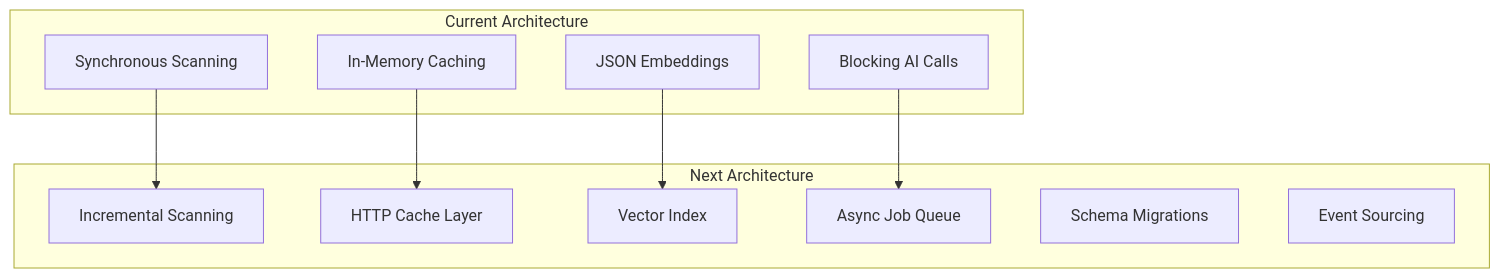
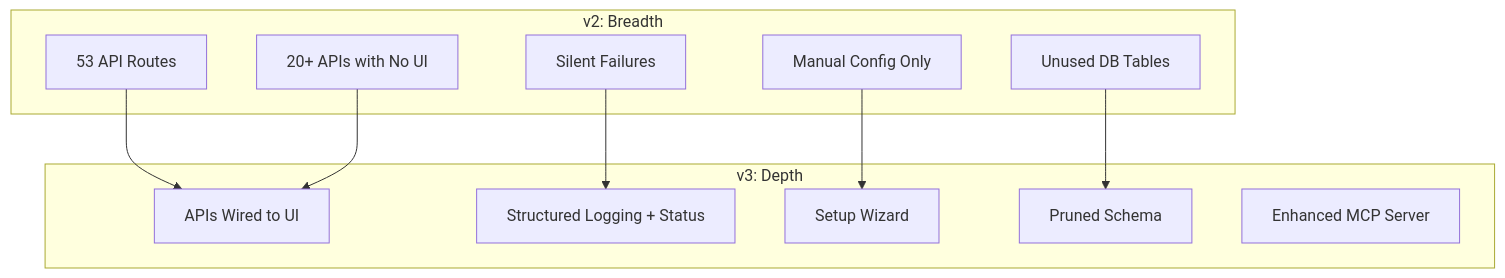
Before and after one commit to ahmedkhaledmohamed/the-hub: the fourth of 4 diagrams in docs/future-developments.md, drawn with Mermaid. The commit also changed other lines of this file, not shown here.

First line of the commit message:
Rewrite future-developments.md — v3 depth-over-breadth strategy

````diff
--- a/docs/future-developments.md
+++ b/docs/future-developments.md
@@ -249,23 +291,24 @@
 ```mermaid
 flowchart TD
-    subgraph Current["Current Architecture"]
-        Sync[Synchronous Scanning]
-        InMem[In-Memory Caching]
-        JSON[JSON Embeddings]
-        Block[Blocking AI Calls]
+    subgraph v2["v2: Breadth"]
+        APIs[53 API Routes]
+        NoUI[20+ APIs with No UI]
+        Silent[Silent Failures]
+        NoSetup[Manual Config Only]
+        Unused[Unused DB Tables]
     end
 
-    subgraph Next["Next Architecture"]
-        Incr[Incremental Scanning]
-        Cache[HTTP Cache Layer]
-        Vec[Vector Index]
-        Queue[Async Job Queue]
-        Migrate[Schema Migrations]
-        Events[Event Sourcing]
+    subgraph v3["v3: Depth"]
+        Wired[APIs Wired to UI]
+        Observable[Structured Logging + Status]
+        Wizard[Setup Wizard]
+        Clean[Pruned Schema]
+        MCPPlus[Enhanced MCP Server]
     end
 
-    Sync --> Incr
-    InMem --> Cache
-    JSON --> Vec
-    Block --> Queue
+    APIs --> Wired
+    NoUI --> Wired
+    Silent --> Observable
+    NoSetup --> Wizard
+    Unused --> Clean
 ```
````
